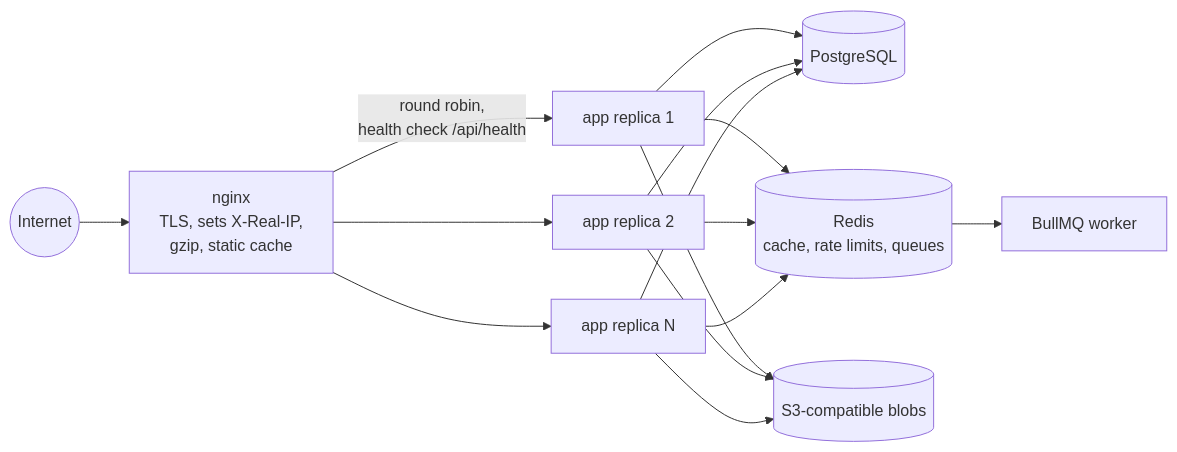
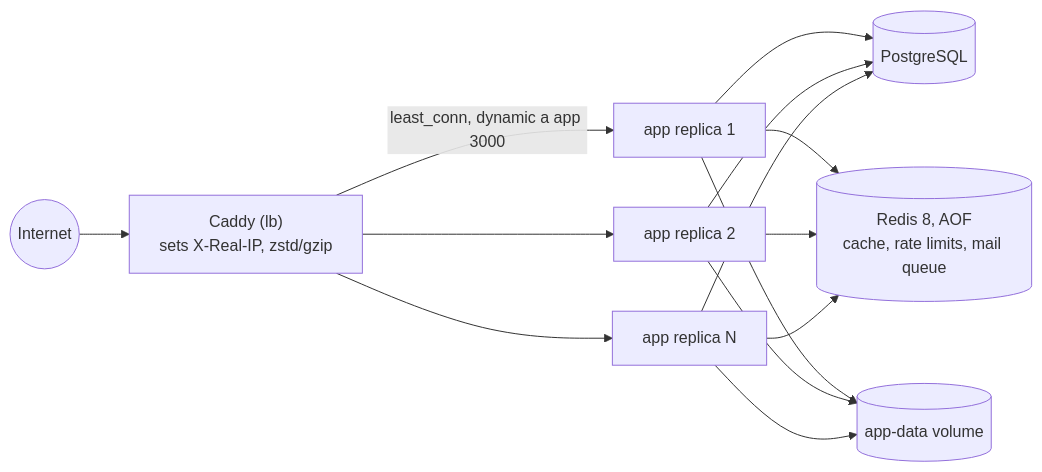
The diagram in docs/system-design/09-scaling-and-load-balancing.md (AlexGalhardo/nuxtjs-marketplace), drawn with Mermaid before and after one commit. The commit also changed other lines of this file and 11 other files, not shown here.

First line of the commit message:
docs: system design reflects redis, queues, caddy and observability

````diff
--- a/docs/system-design/09-scaling-and-load-balancing.md
+++ b/docs/system-design/09-scaling-and-load-balancing.md
@@ -28,11 +30,10 @@
 ```mermaid
 flowchart LR
-  internet((Internet)) --> nginx[nginx<br/>TLS, sets X-Real-IP,<br/>gzip, static cache]
-  nginx -->|round robin,<br/>health check /api/health| app1[app replica 1]
-  nginx --> app2[app replica 2]
-  nginx --> appN[app replica N]
+  internet((Internet)) --> caddy["Caddy (lb)<br/>sets X-Real-IP, zstd/gzip"]
+  caddy -->|"least_conn, dynamic a app 3000"| app1[app replica 1]
+  caddy --> app2[app replica 2]
+  caddy --> appN[app replica N]
   app1 & app2 & appN --> pg[(PostgreSQL)]
-  app1 & app2 & appN --> redis[(Redis<br/>cache, rate limits, queues)]
-  app1 & app2 & appN --> s3[(S3-compatible blobs)]
-  redis --> worker[BullMQ worker]
+  app1 & app2 & appN --> redis[("Redis 8, AOF<br/>cache, rate limits, mail queue")]
+  app1 & app2 & appN --> vol[("app-data volume")]
 ```
````
